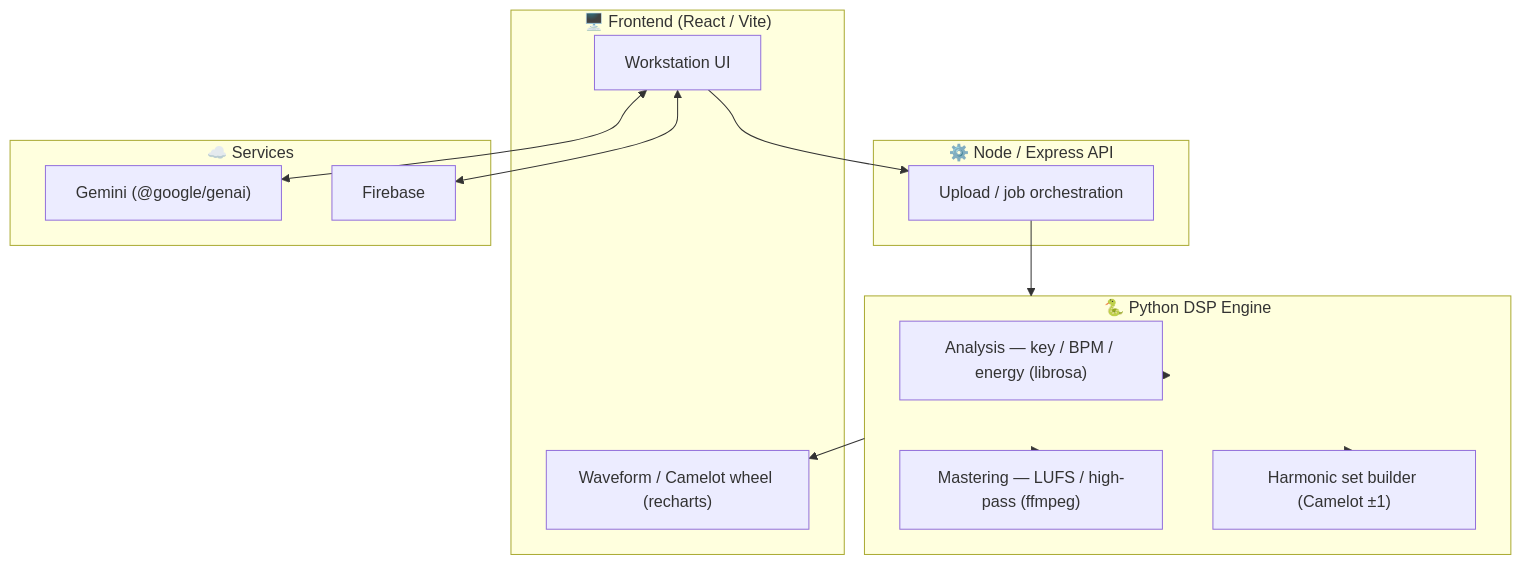
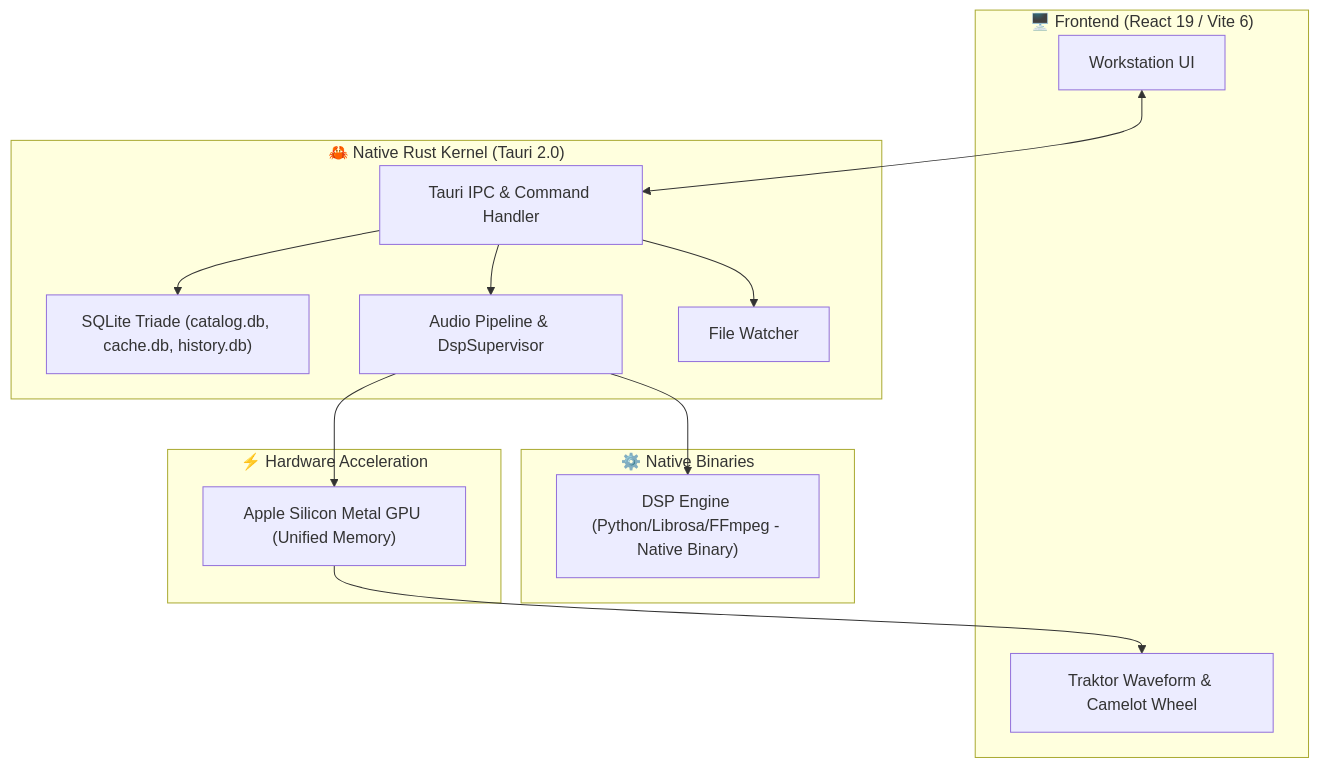
Before and after one commit to KKEEY92/AuraTone-Architecture: the diagram in README.md, drawn with Mermaid. The commit also changed other lines of this file and 8 other files, not shown here.

Commit message:
docs: initialize architecture repository structure

````diff
--- a/README.md
+++ b/README.md
@@ -26,25 +23,28 @@
 ```mermaid
 graph TB
-    subgraph UI["🖥️ Frontend (React / Vite)"]
+    subgraph UI["🖥️ Frontend (React 19 / Vite 6)"]
         APP["Workstation UI"]
-        VIZ["Waveform / Camelot wheel (recharts)"]
+        VIZ["Traktor Waveform & Camelot Wheel"]
     end
-    subgraph API["⚙️ Node / Express API"]
-        UP["Upload / job orchestration"]
-    end
-    subgraph DSP["🐍 Python DSP Engine"]
-        ANA["Analysis — key / BPM / energy (librosa)"]
-        MAST["Mastering — LUFS / high-pass (ffmpeg)"]
-        HARM["Harmonic set builder (Camelot ±1)"]
-    end
-    subgraph EXT["☁️ Services"]
-        GEM["Gemini (@google/genai)"]
-        FB["Firebase"]
+
+    subgraph TAURI["🦀 Native Rust Kernel (Tauri 2.0)"]
+        IPC["Tauri IPC & Command Handler"]
+        DB["SQLite Triade (catalog.db, cache.db, history.db)"]
+        PIPE["Audio Pipeline & DspSupervisor"]
+        FS["File Watcher"]
     end
     
-    APP --> UP --> DSP
-    DSP --> ANA & MAST & HARM
-    APP <--> GEM
-    APP <--> FB
-    DSP --> VIZ
+    subgraph SIDECARS["⚙️ Native Binaries"]
+        DSP["DSP Engine (Python/Librosa/FFmpeg - Native Binary)"]
+    end
+
+    subgraph GPU["⚡ Hardware Acceleration"]
+        METAL["Apple Silicon Metal GPU (Unified Memory)"]
+    end
+
+    APP <--> IPC
+    IPC --> DB & PIPE & FS
+    PIPE --> DSP
+    PIPE --> METAL
+    METAL --> VIZ
 ```
````
